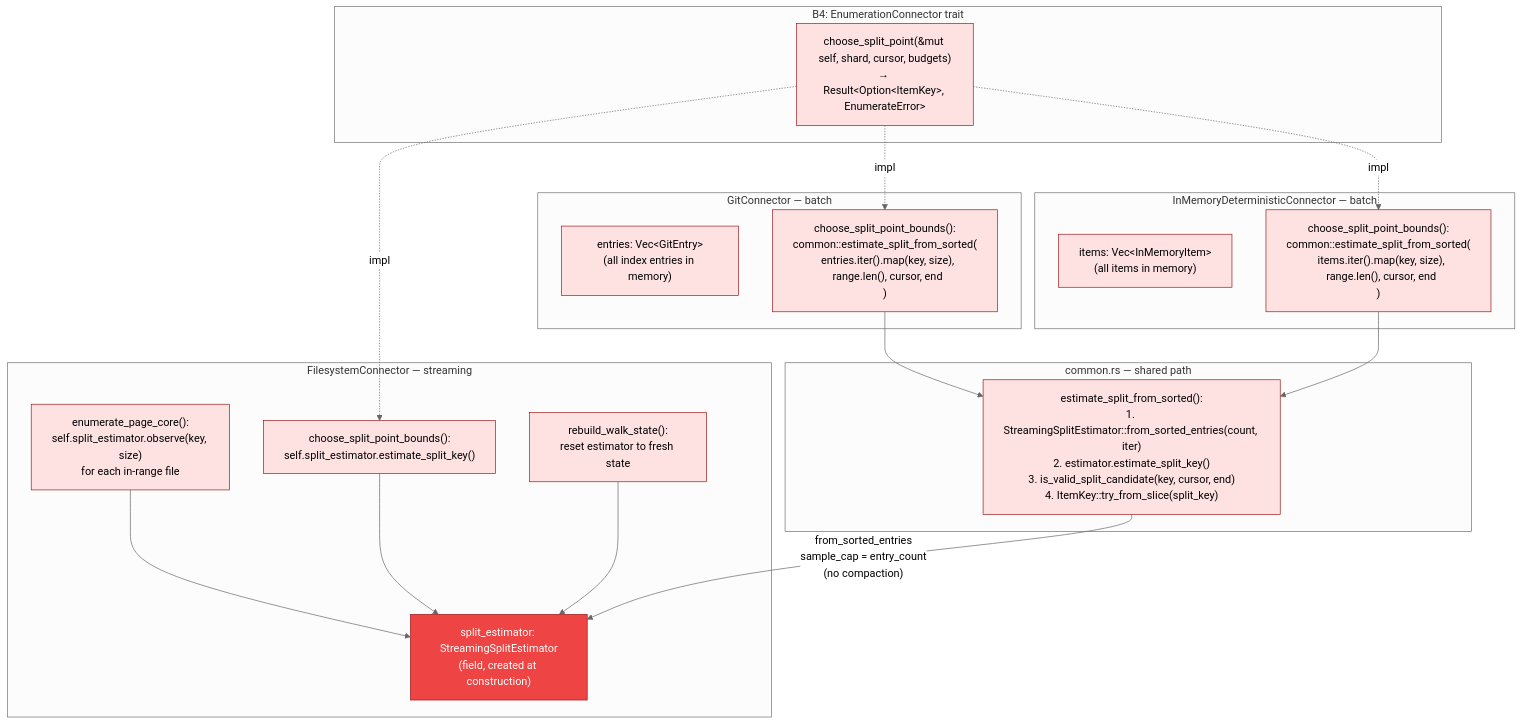
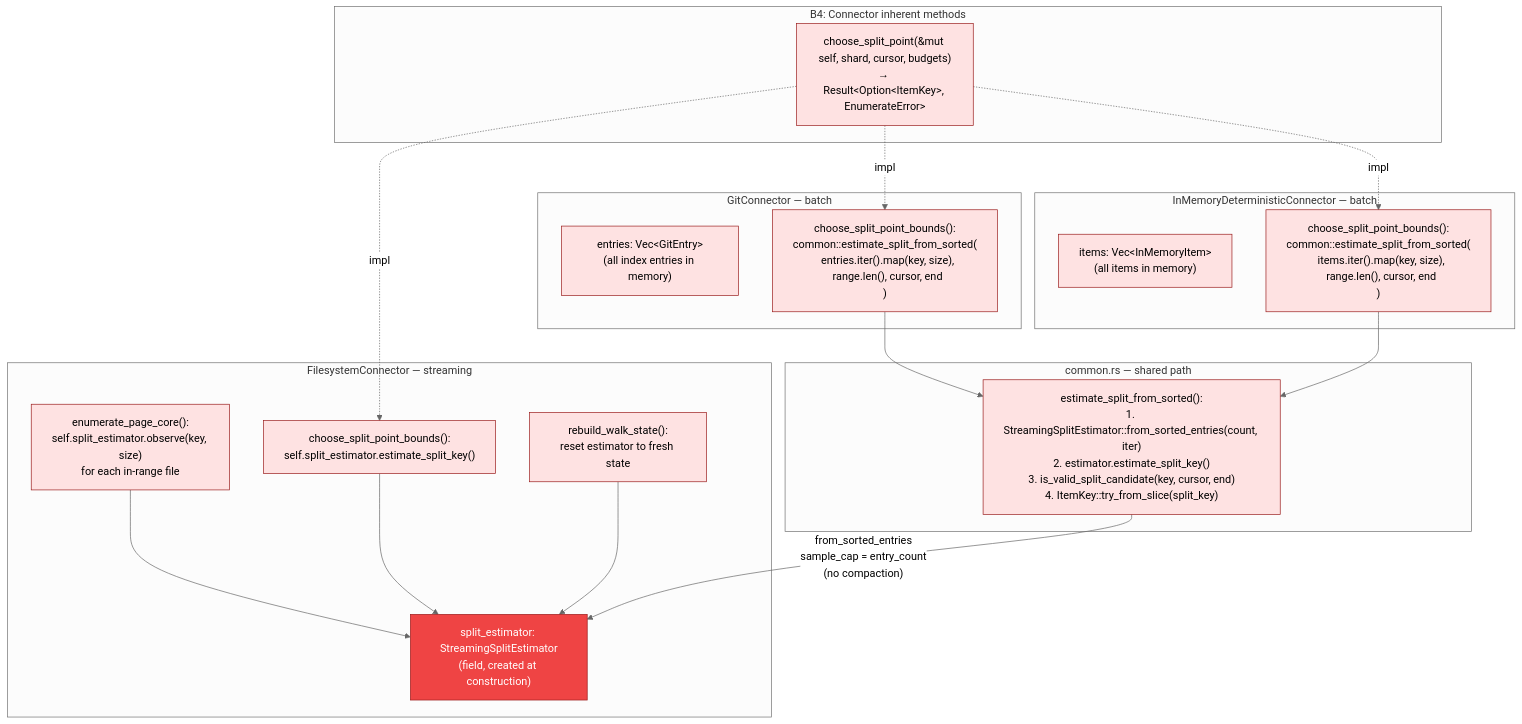
The fifth of 5 diagrams in diagrams/18-streaming-split-estimation.md (ahrav/Gossip-rs), drawn with Mermaid (neutral theme) before and after one commit. The commit also changed 19 other files, not shown here.

First line of the commit message:
Remove trait dispatch from connector API, use inherent methods

````diff
--- a/diagrams/18-streaming-split-estimation.md
+++ b/diagrams/18-streaming-split-estimation.md
@@ -298,51 +298,51 @@
 ```mermaid
 %% Diagram: connector-integration
 graph TD
-    subgraph Trait ["B4: EnumerationConnector trait"]
+    subgraph Trait ["B4: Connector inherent methods"]
         CSP_TRAIT["choose_split_point(&mut self, shard, cursor, budgets)<br/>→ Result&lt;Option&lt;ItemKey&gt;, EnumerateError&gt;"]
     end
 
     subgraph FS ["FilesystemConnector — streaming"]
         FS_FIELD["split_estimator: StreamingSplitEstimator<br/>(field, created at construction)"]
         FS_ENUM["enumerate_page_core():<br/>self.split_estimator.observe(key, size)<br/>for each in-range file"]
         FS_SPLIT["choose_split_point_bounds():<br/>self.split_estimator.estimate_split_key()"]
         FS_RESET["rebuild_walk_state():<br/>reset estimator to fresh state"]
     end
 
     subgraph GIT ["GitConnector — batch"]
         GIT_ENTRIES["entries: Vec&lt;GitEntry&gt;<br/>(all index entries in memory)"]
         GIT_SPLIT["choose_split_point_bounds():<br/>common::estimate_split_from_sorted(<br/>  entries.iter().map(key, size),<br/>  range.len(), cursor, end<br/>)"]
     end
 
     subgraph MEM ["InMemoryDeterministicConnector — batch"]
         MEM_ITEMS["items: Vec&lt;InMemoryItem&gt;<br/>(all items in memory)"]
         MEM_SPLIT["choose_split_point_bounds():<br/>common::estimate_split_from_sorted(<br/>  items.iter().map(key, size),<br/>  range.len(), cursor, end<br/>)"]
     end
 
     subgraph Common ["common.rs — shared path"]
         EST_SORTED["estimate_split_from_sorted():<br/>1. StreamingSplitEstimator::from_sorted_entries(count, iter)<br/>2. estimator.estimate_split_key()<br/>3. is_valid_split_candidate(key, cursor, end)<br/>4. ItemKey::try_from_slice(split_key)"]
     end
 
     CSP_TRAIT -.->|"impl"| FS_SPLIT
     CSP_TRAIT -.->|"impl"| GIT_SPLIT
     CSP_TRAIT -.->|"impl"| MEM_SPLIT
 
     FS_ENUM --> FS_FIELD
     FS_SPLIT --> FS_FIELD
     FS_RESET --> FS_FIELD
 
     GIT_SPLIT --> EST_SORTED
     MEM_SPLIT --> EST_SORTED
     EST_SORTED -->|"from_sorted_entries<br/>sample_cap = entry_count<br/>(no compaction)"| FS_FIELD
 
     style CSP_TRAIT fill:#FEE2E2,stroke:#991B1B
     style FS_FIELD fill:#EF4444,stroke:#991B1B,color:#fff
     style FS_ENUM fill:#FEE2E2,stroke:#991B1B
     style FS_SPLIT fill:#FEE2E2,stroke:#991B1B
     style FS_RESET fill:#FEE2E2,stroke:#991B1B
     style GIT_ENTRIES fill:#FEE2E2,stroke:#991B1B
     style GIT_SPLIT fill:#FEE2E2,stroke:#991B1B
     style MEM_ITEMS fill:#FEE2E2,stroke:#991B1B
     style MEM_SPLIT fill:#FEE2E2,stroke:#991B1B
     style EST_SORTED fill:#FEE2E2,stroke:#991B1B
 ```
````
